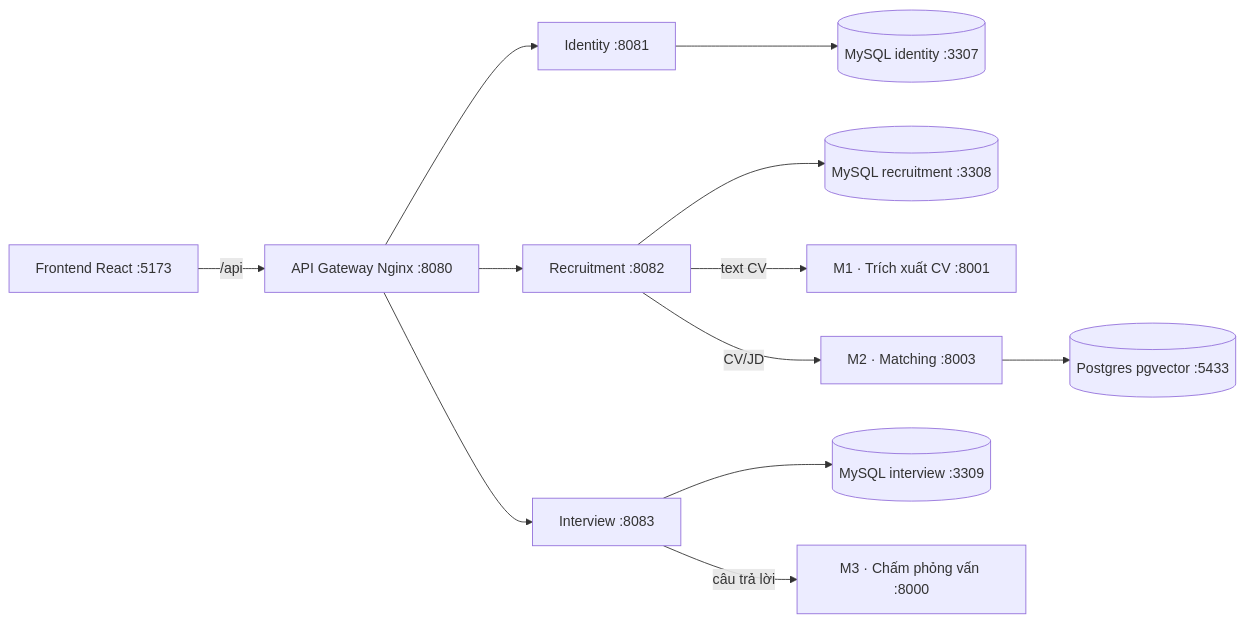
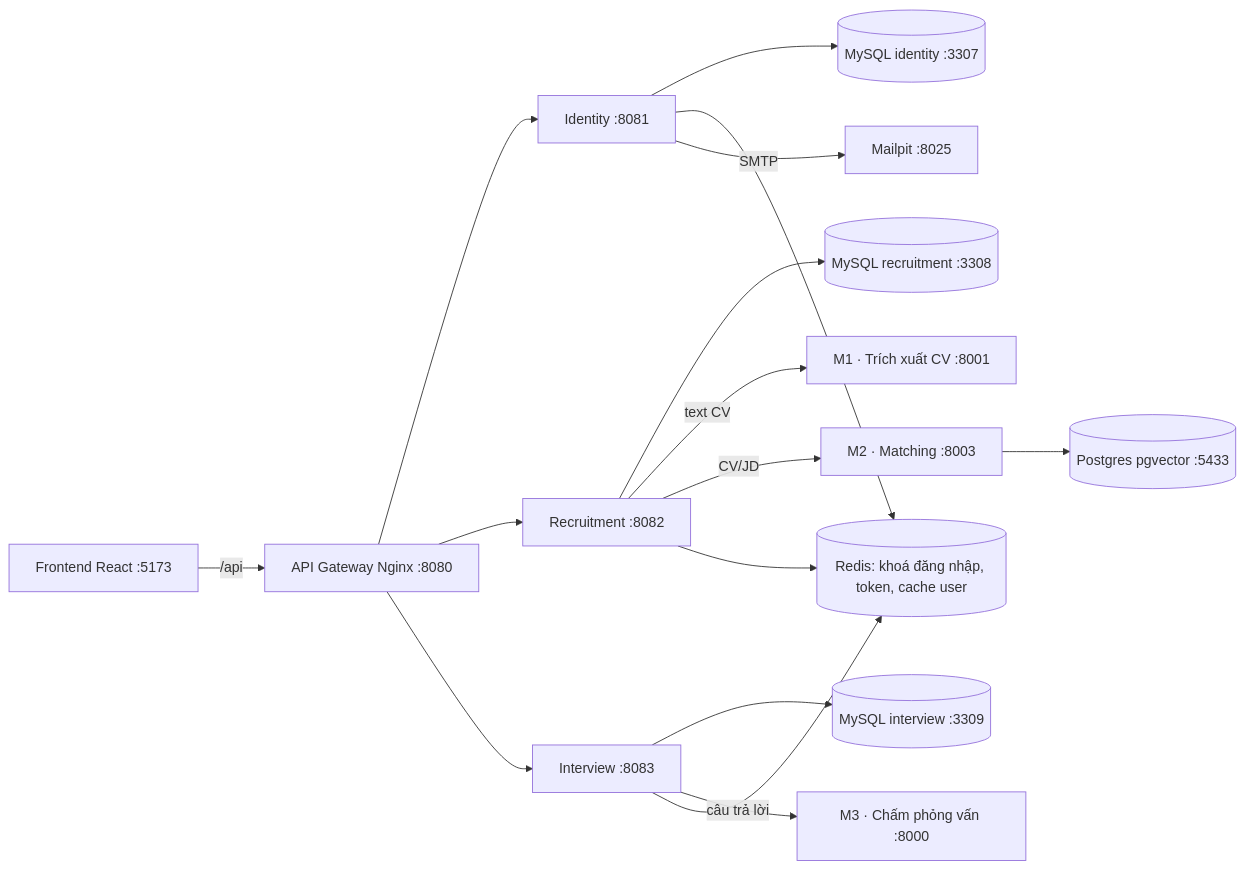
Before and after one commit to long20102004/recruit_system: the diagram in README.md, drawn with Mermaid. The commit also changed other lines of this file and 54 other files, not shown here.

````diff
--- a/README.md
+++ b/README.md
@@ -11,14 +11,16 @@
 ```mermaid
 flowchart LR
     FE[Frontend React :5173] -->|/api| GW[API Gateway Nginx :8080]
     GW --> ID[Identity :8081]
     GW --> RC[Recruitment :8082]
     GW --> IV[Interview :8083]
     ID --> IDDB[(MySQL identity :3307)]
     RC --> RCDB[(MySQL recruitment :3308)]
     IV --> IVDB[(MySQL interview :3309)]
     RC -->|text CV| M1[M1 · Trích xuất CV :8001]
     RC -->|CV/JD| M2[M2 · Matching :8003]
     M2 --> M2DB[(Postgres pgvector :5433)]
     IV -->|câu trả lời| M3[M3 · Chấm phỏng vấn :8000]
+    ID & RC & IV --> RD[(Redis: khoá đăng nhập, token, cache user)]
+    ID -->|SMTP| MP[Mailpit :8025]
 ```
````
